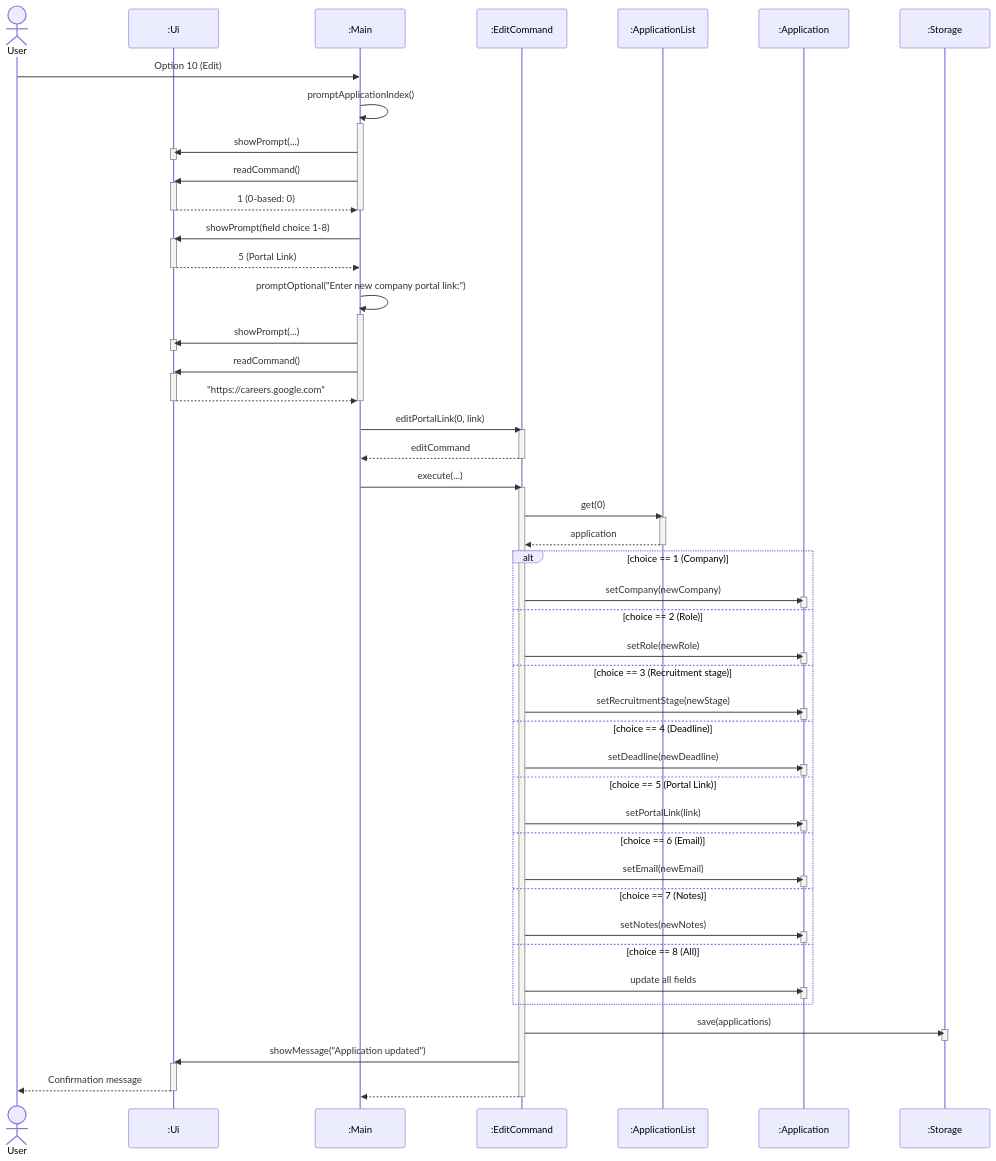
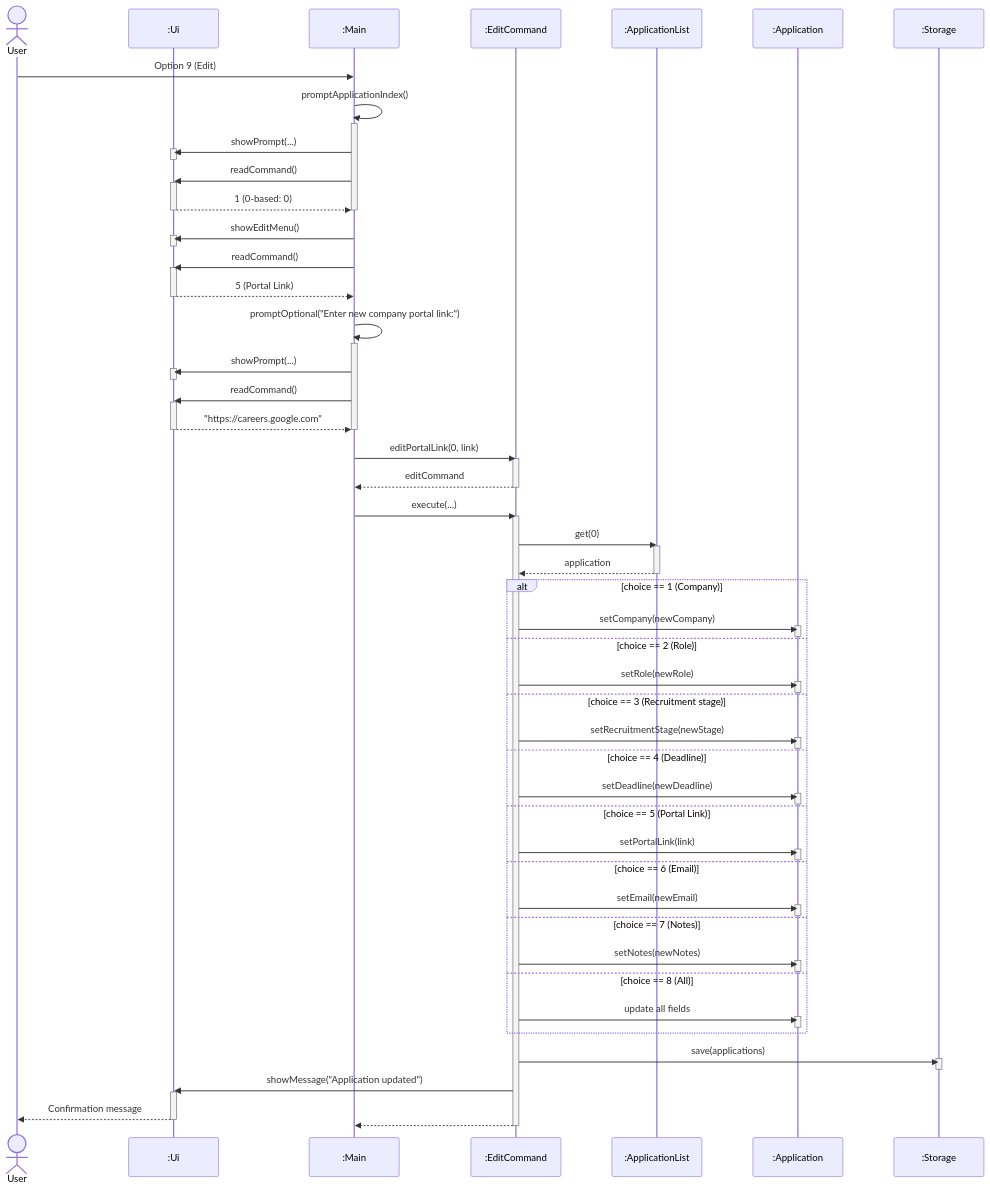
Before and after one commit to AY2627S1-CS2113-T10-2/tp: the diagram in docs/diagrams/sources/edit-application-sequence.mmd, drawn with Mermaid. The commit also changed 17 other files, not shown here.

First line of the commit message:
feat(ui): improve edit field prompt to structured menu and reorganize menu options

```diff
--- a/docs/diagrams/sources/edit-application-sequence.mmd
+++ b/docs/diagrams/sources/edit-application-sequence.mmd
@@ -1,91 +1,94 @@
 %%{init: {'theme': 'default', 'sequence': {'actorMargin': 85, 'messageMargin': 45}}}%%
 %%{init: {'theme': 'default', 'sequence': {'actorMargin': 85, 'messageMargin': 45}}}%%
 %%{init: {'theme': 'default', 'sequence': {'actorMargin': 85, 'messageMargin': 45}}}%%
 sequenceDiagram
     actor user as User
     participant ui as :Ui
     participant main as :Main
     participant cmd as :EditCommand
     participant list as :ApplicationList
     participant app as :Application
     participant storage as :Storage
 
-    user->>main: Option 10 (Edit)
+    user->>main: Option 9 (Edit)
     main->>main: promptApplicationIndex()
     activate main
     main->>ui: showPrompt(...)
     activate ui
     deactivate ui
     main->>ui: readCommand()
     activate ui
     ui-->>main: 1 (0-based: 0)
     deactivate ui
     deactivate main
-    main->>ui: showPrompt(field choice 1-8)
+    main->>ui: showEditMenu()
+    activate ui
+    deactivate ui
+    main->>ui: readCommand()
     activate ui
     ui-->>main: 5 (Portal Link)
     deactivate ui
     main->>main: promptOptional("Enter new company portal link:")
     activate main
     main->>ui: showPrompt(...)
     activate ui
     deactivate ui
     main->>ui: readCommand()
     activate ui
     ui-->>main: "https://careers.google.com"
     deactivate ui
     deactivate main
     main->>cmd: editPortalLink(0, link)
     activate cmd
     cmd-->>main: editCommand
     deactivate cmd
     main->>cmd: execute(...)
     activate cmd
     cmd->>list: get(0)
     activate list
     list-->>cmd: application
     deactivate list
 
     alt choice == 1 (Company)
         cmd->>app: setCompany(newCompany)
         activate app
         deactivate app
     else choice == 2 (Role)
         cmd->>app: setRole(newRole)
         activate app
         deactivate app
     else choice == 3 (Recruitment stage)
         cmd->>app: setRecruitmentStage(newStage)
         activate app
         deactivate app
     else choice == 4 (Deadline)
         cmd->>app: setDeadline(newDeadline)
         activate app
         deactivate app
     else choice == 5 (Portal Link)
         cmd->>app: setPortalLink(link)
         activate app
         deactivate app
     else choice == 6 (Email)
         cmd->>app: setEmail(newEmail)
         activate app
         deactivate app
     else choice == 7 (Notes)
         cmd->>app: setNotes(newNotes)
         activate app
         deactivate app
     else choice == 8 (All)
         cmd->>app: update all fields
         activate app
         deactivate app
     end
 
     cmd->>storage: save(applications)
     activate storage
     deactivate storage
     cmd->>ui: showMessage("Application updated")
     activate ui
     ui-->>user: Confirmation message
     deactivate ui
     cmd-->>main: 
     deactivate cmd
```
